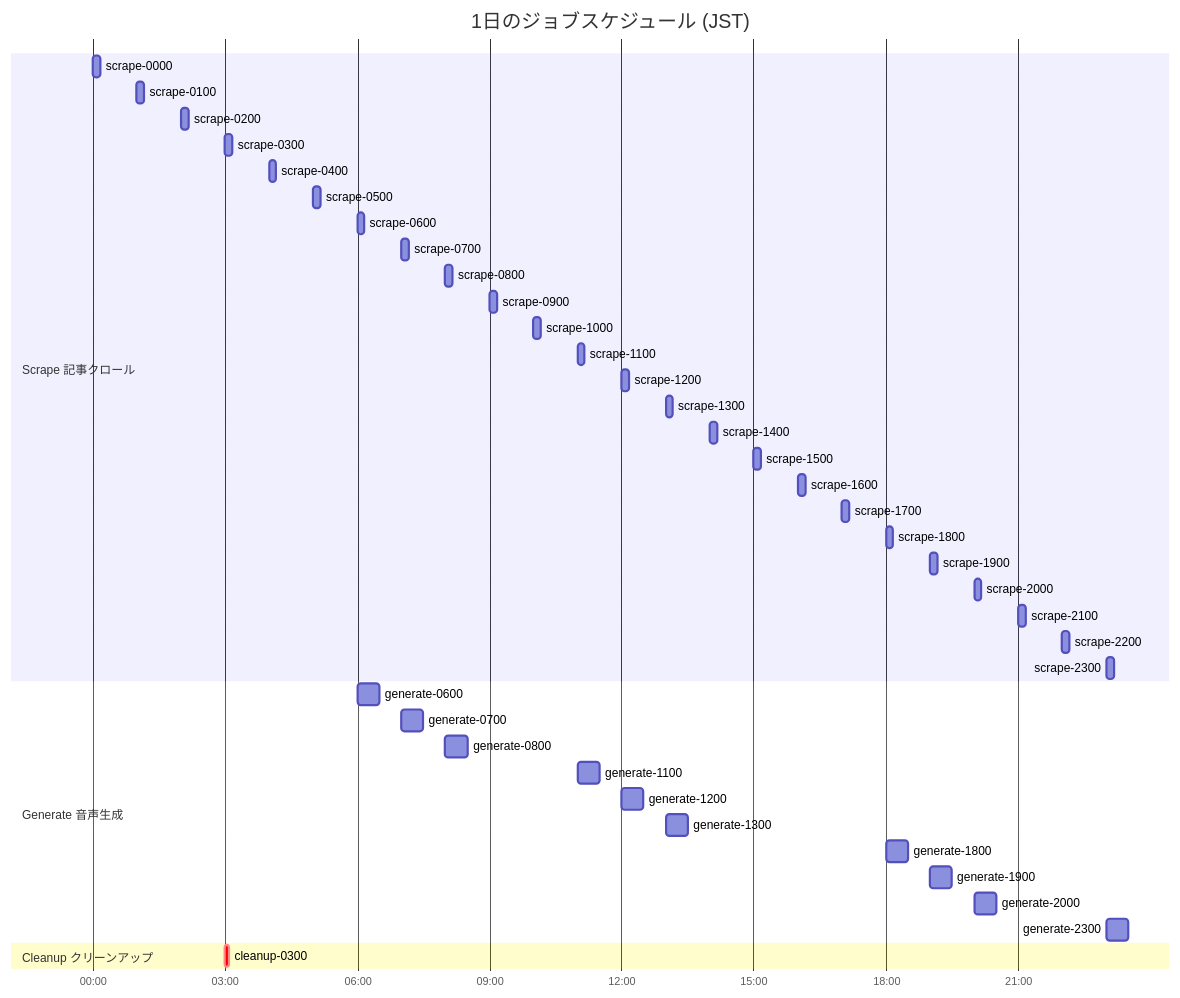
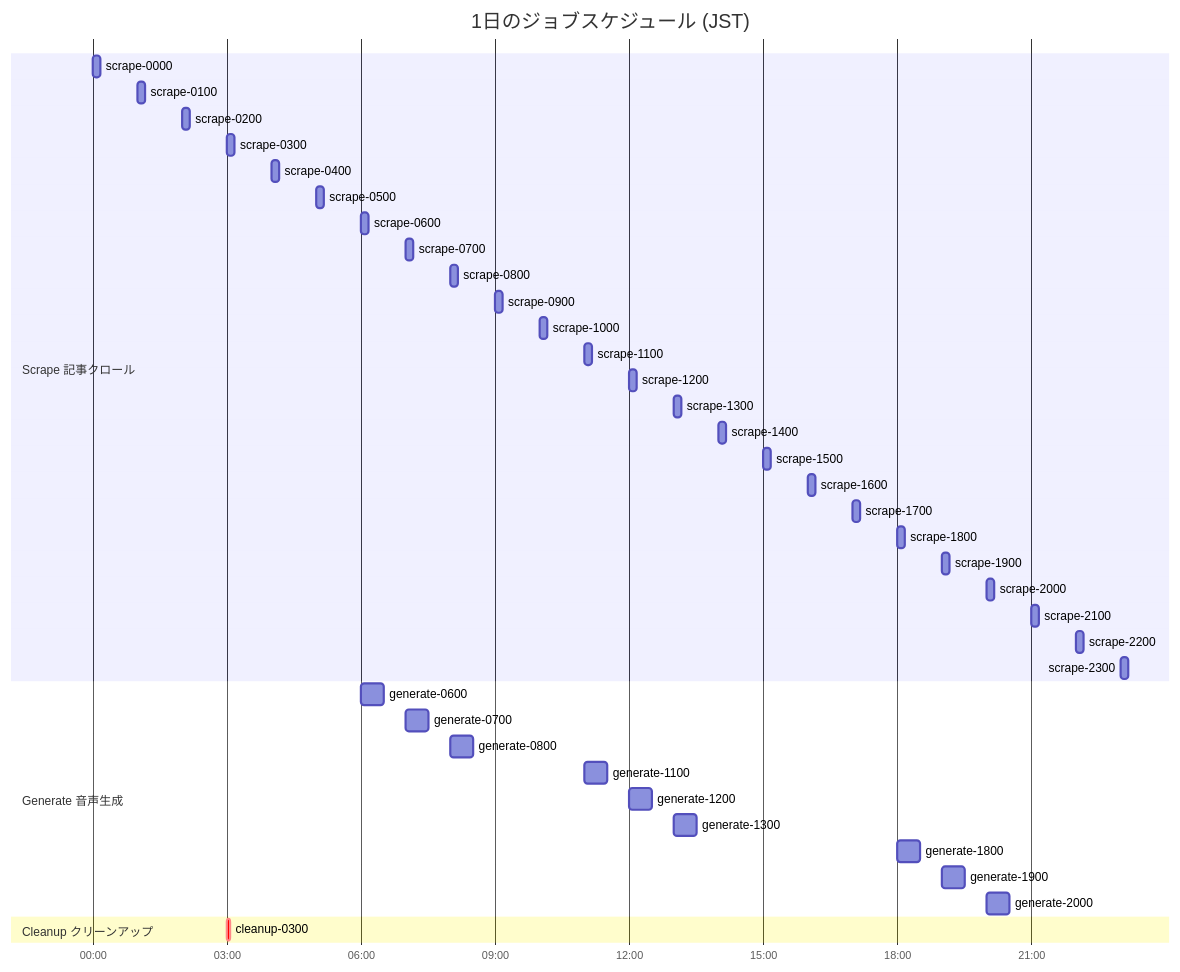
Before and after one commit to svhome01/ai-news: the fifth of 15 diagrams in PLAN.md, drawn with Mermaid. The commit also changed other lines of this file, not shown here.

Commit message:
Add storage architecture diagram and Navidrome playback flow to PLAN.md

````diff
--- a/PLAN.md
+++ b/PLAN.md
@@ -832,47 +861,46 @@
 ```mermaid
 gantt
     title 1日のジョブスケジュール (JST)
     dateFormat HH:mm
     axisFormat %H:%M
 
     section Scrape 記事クロール
         scrape-0000 :s00, 00:00, 10m
         scrape-0100 :s01, 01:00, 10m
         scrape-0200 :s02, 02:00, 10m
         scrape-0300 :s03, 03:00, 10m
         scrape-0400 :s04, 04:00, 10m
         scrape-0500 :s05, 05:00, 10m
         scrape-0600 :s06, 06:00, 10m
         scrape-0700 :s07, 07:00, 10m
         scrape-0800 :s08, 08:00, 10m
         scrape-0900 :s09, 09:00, 10m
         scrape-1000 :s10, 10:00, 10m
         scrape-1100 :s11, 11:00, 10m
         scrape-1200 :s12, 12:00, 10m
         scrape-1300 :s13, 13:00, 10m
         scrape-1400 :s14, 14:00, 10m
         scrape-1500 :s15, 15:00, 10m
         scrape-1600 :s16, 16:00, 10m
         scrape-1700 :s17, 17:00, 10m
         scrape-1800 :s18, 18:00, 10m
         scrape-1900 :s19, 19:00, 10m
         scrape-2000 :s20, 20:00, 10m
         scrape-2100 :s21, 21:00, 10m
         scrape-2200 :s22, 22:00, 10m
         scrape-2300 :s23, 23:00, 10m
 
     section Generate 音声生成
         generate-0600 :g06, 06:00, 30m
         generate-0700 :g07, 07:00, 30m
         generate-0800 :g08, 08:00, 30m
         generate-1100 :g11, 11:00, 30m
         generate-1200 :g12, 12:00, 30m
         generate-1300 :g13, 13:00, 30m
         generate-1800 :g18, 18:00, 30m
         generate-1900 :g19, 19:00, 30m
         generate-2000 :g20, 20:00, 30m
-        generate-2300 :g23, 23:00, 30m
 
     section Cleanup クリーンアップ
         cleanup-0300 :crit, c03, 03:00, 5m
 ```
````
